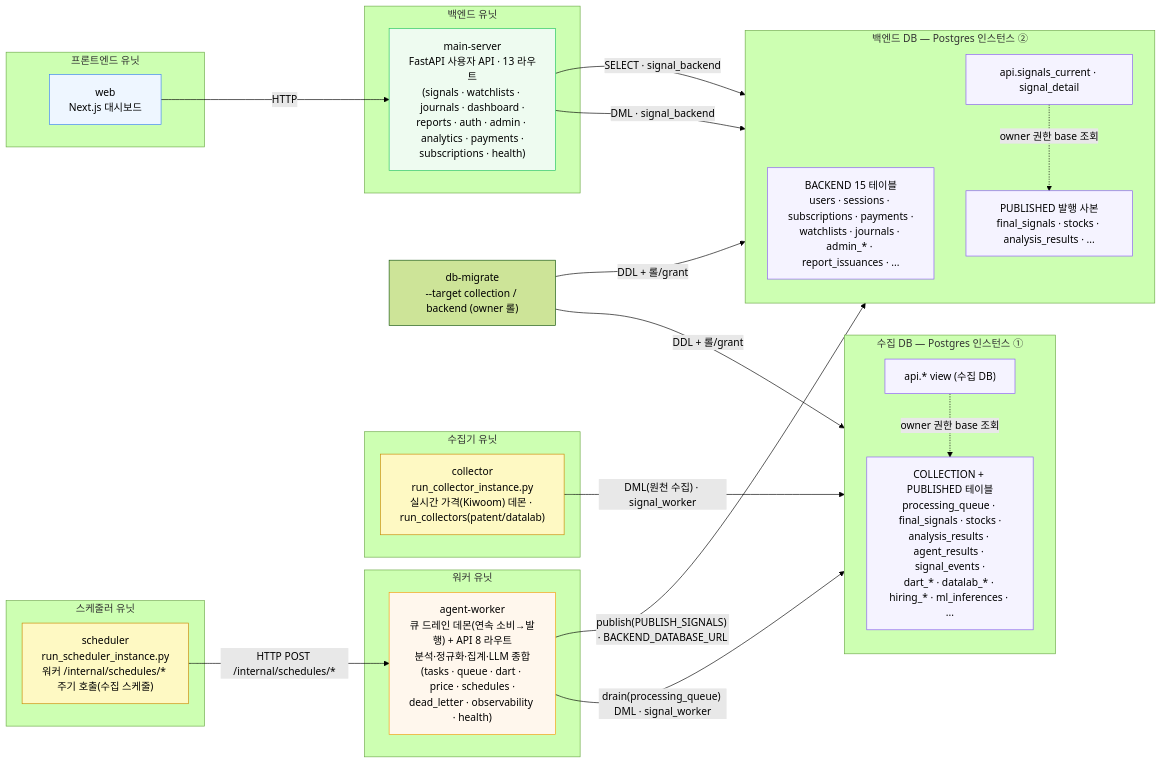
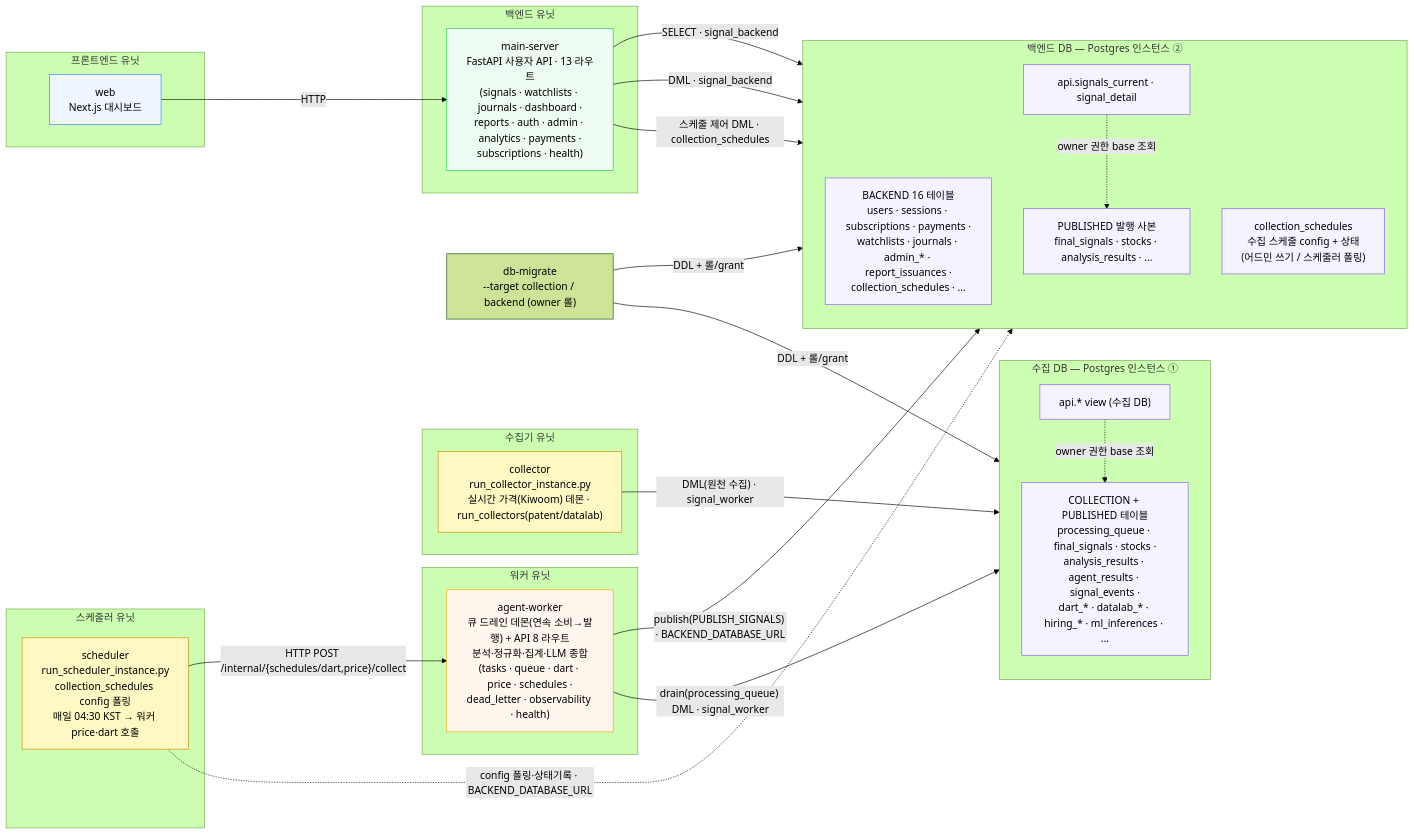
The first of 3 diagrams in docs/architecture-diagram.md (AIX14-3/signal-alpha), drawn with Mermaid (forest theme) before and after one commit. The commit also changed other lines of this file and 11 other files, not shown here.

First line of the commit message:
feat(scheduler): config 기반 04:30 수집 스케줄러 + 웹 어드민 제어

````diff
--- a/docs/architecture-diagram.md
+++ b/docs/architecture-diagram.md
@@ -15,60 +18,63 @@
 ```mermaid
 flowchart LR
     subgraph FE["프론트엔드 유닛"]
         web["web<br/>Next.js 대시보드"]
     end
 
     subgraph BE["백엔드 유닛"]
         ms["main-server<br/>FastAPI 사용자 API · 13 라우트<br/>(signals · watchlists · journals · dashboard ·<br/>reports · auth · admin · analytics · payments ·<br/>subscriptions · health)"]
     end
 
     subgraph SCH["스케줄러 유닛"]
-        sch["scheduler<br/>run_scheduler_instance.py<br/>워커 /internal/schedules/* 주기 호출(수집 스케줄)"]
+        sch["scheduler<br/>run_scheduler_instance.py<br/>collection_schedules config 폴링<br/>매일 04:30 KST → 워커 price·dart 호출"]
     end
 
     subgraph COL["수집기 유닛"]
         col["collector<br/>run_collector_instance.py<br/>실시간 가격(Kiwoom) 데몬 · run_collectors(patent/datalab)"]
     end
 
     subgraph WK["워커 유닛"]
         aw["agent-worker<br/>큐 드레인 데몬(연속 소비→발행) + API 8 라우트<br/>분석·정규화·집계·LLM 종합<br/>(tasks · queue · dart · price · schedules ·<br/>dead_letter · observability · health)"]
     end
 
     subgraph CDB["수집 DB — Postgres 인스턴스 ①"]
         direction TB
         cwt["COLLECTION + PUBLISHED 테이블<br/>processing_queue · final_signals · stocks ·<br/>analysis_results · agent_results · signal_events ·<br/>dart_* · datalab_* · hiring_* · ml_inferences · ..."]
         cv["api.* view (수집 DB)"]
         cv -. "owner 권한 base 조회" .-> cwt
     end
 
     subgraph BDB["백엔드 DB — Postgres 인스턴스 ②"]
         direction TB
-        bt["BACKEND 15 테이블<br/>users · sessions · subscriptions · payments ·<br/>watchlists · journals · admin_* · report_issuances · ..."]
+        bt["BACKEND 16 테이블<br/>users · sessions · subscriptions · payments ·<br/>watchlists · journals · admin_* · report_issuances ·<br/>collection_schedules · ..."]
+        bsched["collection_schedules<br/>수집 스케줄 config + 상태<br/>(어드민 쓰기 / 스케줄러 폴링)"]
         bpub["PUBLISHED 발행 사본<br/>final_signals · stocks · analysis_results · ..."]
         bv["api.signals_current · signal_detail"]
         bv -. "owner 권한 base 조회" .-> bpub
     end
 
     mig["db-migrate<br/>--target collection / backend (owner 롤)"]
 
     web -- HTTP --> ms
     ms -- "SELECT · signal_backend" --> bv
     ms -- "DML · signal_backend" --> bt
-    sch -- "HTTP POST /internal/schedules/*" --> aw
+    ms -- "스케줄 제어 DML · collection_schedules" --> bsched
+    sch -. "config 폴링·상태기록 · BACKEND_DATABASE_URL" .-> bsched
+    sch -- "HTTP POST /internal/{schedules/dart,price}/collect" --> aw
     col -- "DML(원천 수집) · signal_worker" --> cwt
     aw -- "drain(processing_queue) DML · signal_worker" --> cwt
     aw -- "publish(PUBLISH_SIGNALS) · BACKEND_DATABASE_URL" --> bpub
     mig -- "DDL + 롤/grant" --> CDB
     mig -- "DDL + 롤/grant" --> BDB
 
     classDef fe fill:#eef6ff,stroke:#3b82f6;
     classDef be fill:#eefbf0,stroke:#22c55e;
     classDef wk fill:#fff7ed,stroke:#f59e0b;
     classDef sd fill:#fef9c3,stroke:#ca8a04;
     classDef db fill:#f5f3ff,stroke:#8b5cf6;
     class web fe;
     class ms be;
     class aw wk;
     class col,sch sd;
-    class cwt,cv,bt,bpub,bv db;
+    class cwt,cv,bt,bpub,bv,bsched db;
 ```
````
